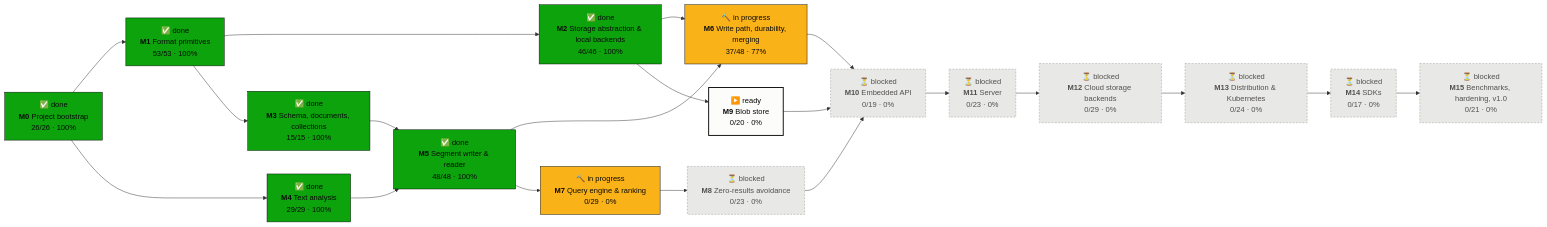
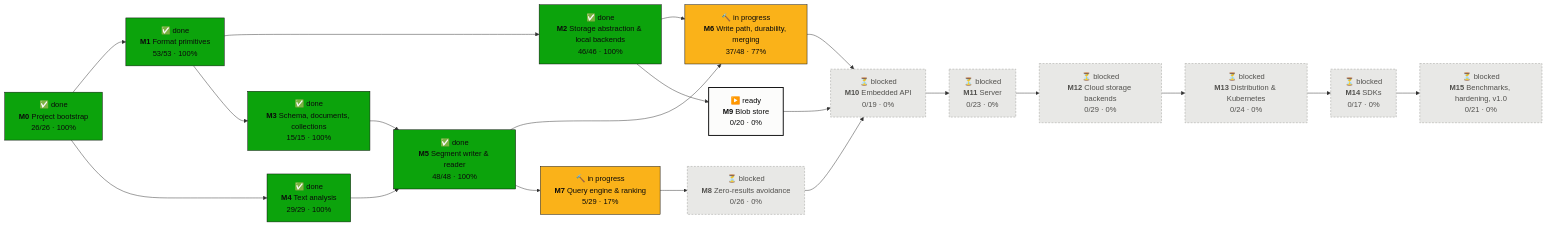
The first of 2 diagrams in PROGRESS.md (tomiok/persiaDB), drawn with Mermaid before and after one commit. The commit also changed other lines of this file and 9 other files, not shown here.

First line of the commit message:
fix(engine): 7.1 review fix-ups; tick ROADMAP 7.1

````diff
--- a/PROGRESS.md
+++ b/PROGRESS.md
@@ -16,42 +16,42 @@
 ```mermaid
 flowchart LR
   M0["✅ done<br/><b>M0</b> Project bootstrap<br/>26/26 · 100%"]:::done
   M1["✅ done<br/><b>M1</b> Format primitives<br/>53/53 · 100%"]:::done
   M2["✅ done<br/><b>M2</b> Storage abstraction & local backends<br/>46/46 · 100%"]:::done
   M3["✅ done<br/><b>M3</b> Schema, documents, collections<br/>15/15 · 100%"]:::done
   M4["✅ done<br/><b>M4</b> Text analysis<br/>29/29 · 100%"]:::done
   M5["✅ done<br/><b>M5</b> Segment writer & reader<br/>48/48 · 100%"]:::done
   M6["🔨 in progress<br/><b>M6</b> Write path, durability, merging<br/>37/48 · 77%"]:::doing
-  M7["🔨 in progress<br/><b>M7</b> Query engine & ranking<br/>0/29 · 0%"]:::doing
-  M8["⏳ blocked<br/><b>M8</b> Zero-results avoidance<br/>0/23 · 0%"]:::blocked
+  M7["🔨 in progress<br/><b>M7</b> Query engine & ranking<br/>5/29 · 17%"]:::doing
+  M8["⏳ blocked<br/><b>M8</b> Zero-results avoidance<br/>0/26 · 0%"]:::blocked
   M9["▶️ ready<br/><b>M9</b> Blob store<br/>0/20 · 0%"]:::ready
   M10["⏳ blocked<br/><b>M10</b> Embedded API<br/>0/19 · 0%"]:::blocked
   M11["⏳ blocked<br/><b>M11</b> Server<br/>0/23 · 0%"]:::blocked
   M12["⏳ blocked<br/><b>M12</b> Cloud storage backends<br/>0/29 · 0%"]:::blocked
   M13["⏳ blocked<br/><b>M13</b> Distribution & Kubernetes<br/>0/24 · 0%"]:::blocked
   M14["⏳ blocked<br/><b>M14</b> SDKs<br/>0/17 · 0%"]:::blocked
   M15["⏳ blocked<br/><b>M15</b> Benchmarks, hardening, v1.0<br/>0/21 · 0%"]:::blocked
   M0 --> M1
   M1 --> M2
   M1 --> M3
   M0 --> M4
   M3 --> M5
   M4 --> M5
   M2 --> M6
   M5 --> M6
   M5 --> M7
   M7 --> M8
   M2 --> M9
   M6 --> M10
   M8 --> M10
   M9 --> M10
   M10 --> M11
   M11 --> M12
   M12 --> M13
   M13 --> M14
   M14 --> M15
   classDef done fill:#0ca30c,stroke:#0b0b0b,color:#0b0b0b
   classDef doing fill:#fab219,stroke:#0b0b0b,color:#0b0b0b
   classDef ready fill:#fcfcfb,stroke:#0b0b0b,stroke-width:2px,color:#0b0b0b
   classDef blocked fill:#e8e8e6,stroke:#9a9a96,stroke-dasharray:4 3,color:#52514e
 ```
````
